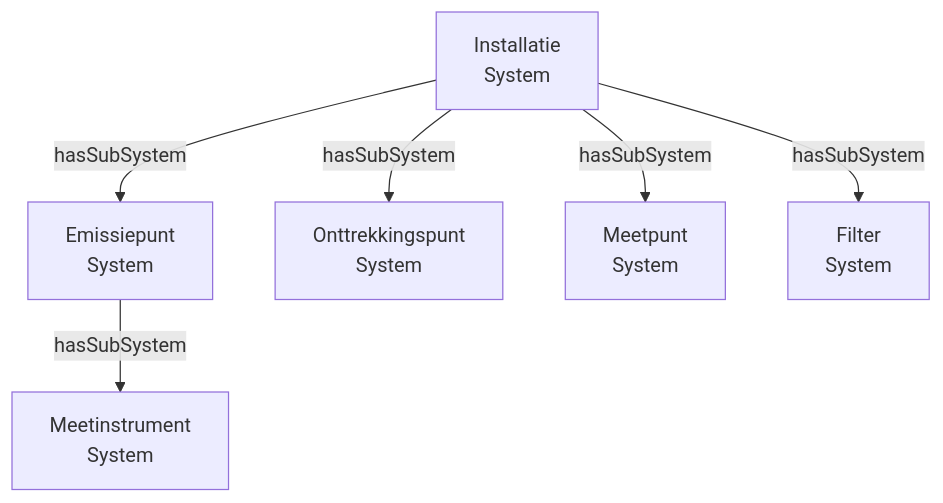
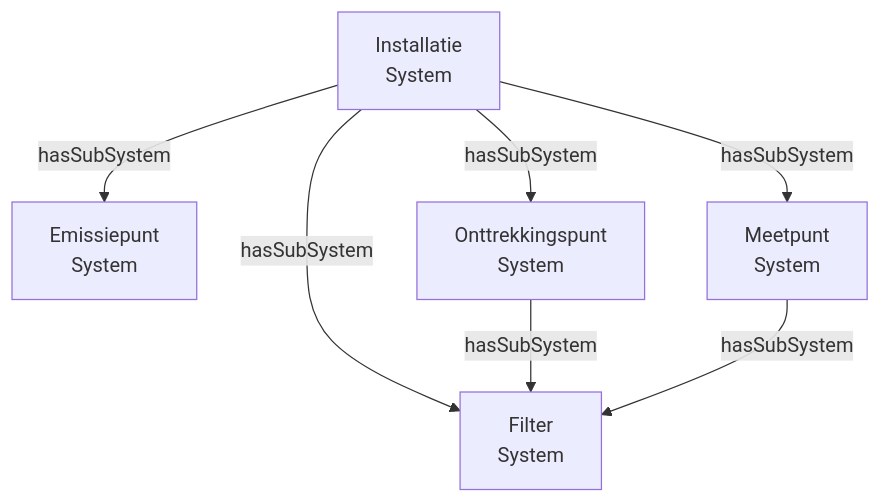
One commit to milieuinfo/RIE-IEPR changed the first of 2 diagrams in documentatie/datamodel/afname/SYSTEMEN.md. Above: the diagram before and after it, drawn with Mermaid. The commit also changed other lines of this file and 11 other files, not shown here.

````diff
--- a/documentatie/datamodel/afname/SYSTEMEN.md
+++ b/documentatie/datamodel/afname/SYSTEMEN.md
@@ -193,8 +209,9 @@
 ```mermaid
 graph TD
     Installatie["Installatie<br/>System"] -->|hasSubSystem| Emissiepunt["Emissiepunt<br/>System"]
     Installatie -->|hasSubSystem| Onttrekkingspunt["Onttrekkingspunt<br/>System"]
     Installatie -->|hasSubSystem| Meetpunt["Meetpunt<br/>System"]
     Installatie -->|hasSubSystem| Filter["Filter<br/>System"]
-    Emissiepunt -->|hasSubSystem| Meetinstrument["Meetinstrument<br/>System"]
+    Onttrekkingspunt -->|hasSubSystem| Filter["Filter<br/>System"]
+    Meetpunt -->|hasSubSystem| Filter["Filter<br/>System"]
 ```
````
